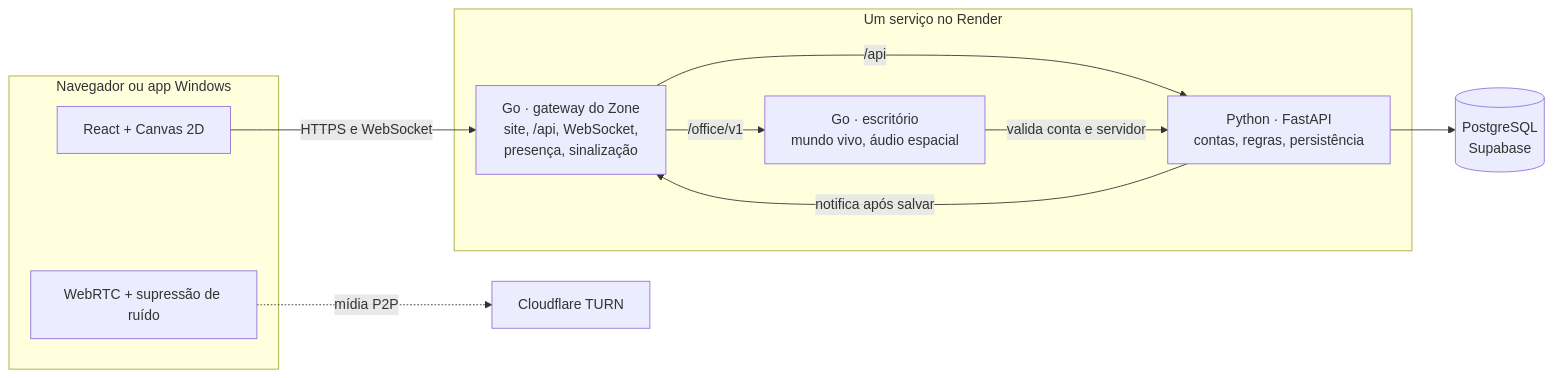
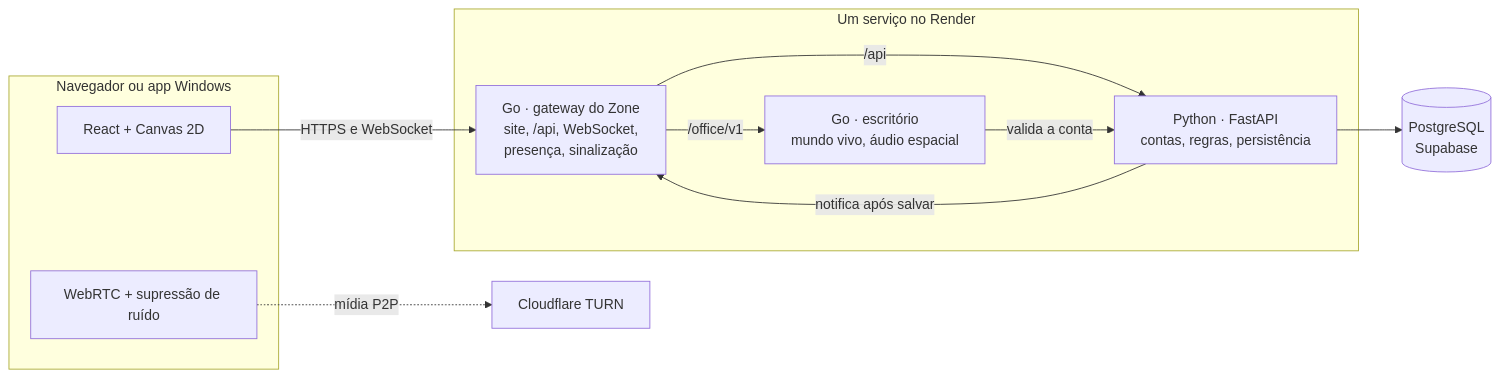
The diagram in README.md (aresd-dev/zone-portfolio), drawn with Mermaid before and after one commit. The commit also changed other lines of this file and 5 other files, not shown here.

````diff
--- a/README.md
+++ b/README.md
@@ -69,22 +108,22 @@
 ```mermaid
 flowchart LR
     subgraph Cliente["Navegador ou app Windows"]
         UI["React + Canvas 2D"]
         RTC["WebRTC + supressão de ruído"]
     end
     subgraph Render["Um serviço no Render"]
         GW["Go · gateway do Zone<br/>site, /api, WebSocket,<br/>presença, sinalização"]
         API["Python · FastAPI<br/>contas, regras, persistência"]
         OFF["Go · escritório<br/>mundo vivo, áudio espacial"]
     end
     DB[("PostgreSQL<br/>Supabase")]
     TURN["Cloudflare TURN"]
 
     UI -- "HTTPS e WebSocket" --> GW
     GW -- "/api" --> API
     GW -- "/office/v1" --> OFF
     API --> DB
     API -- "notifica após salvar" --> GW
-    OFF -- "valida conta e servidor" --> API
+    OFF -- "valida a conta" --> API
     RTC -. "mídia P2P" .-> TURN
 ```
````
